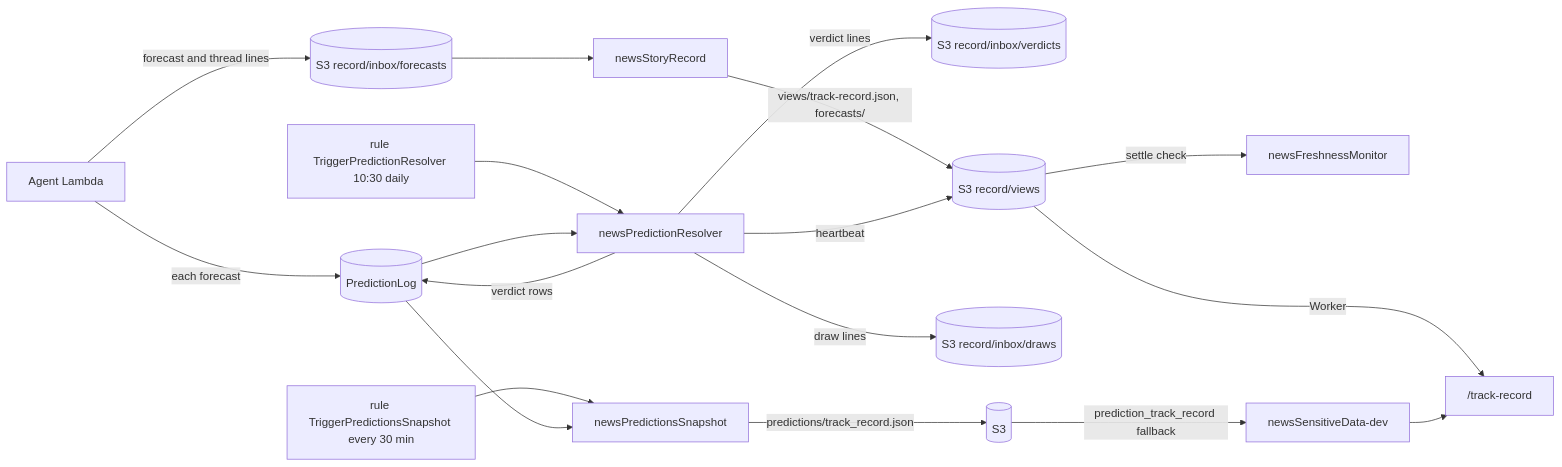
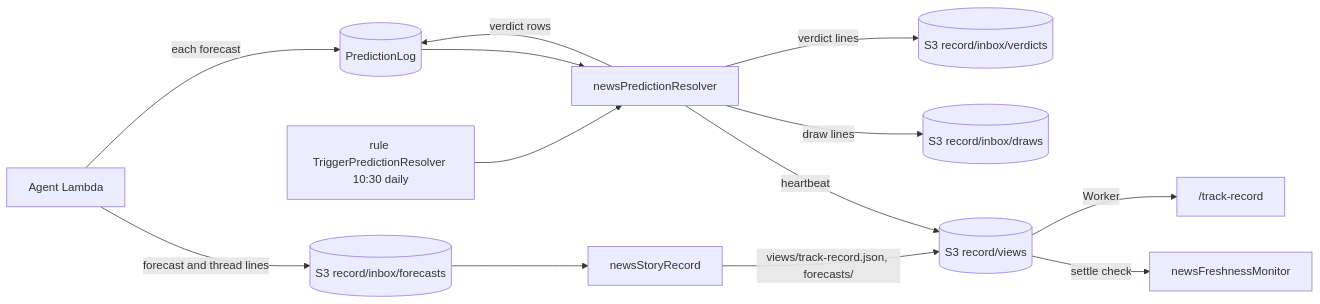
Before and after one commit to BenBen05059997/globalPerspective-v1: the fifth of 7 diagrams in project-docs/architecture/ARCHITECTURE.md, drawn with Mermaid. The commit also changed other lines of this file and 14 other files, not shown here.

First line of the commit message:
Docs: snapshot path retired (prediction_snapshot and prediction_track_record removed, TriggerPredictionsSnapshot disabled); readers on the record

````diff
--- a/project-docs/architecture/ARCHITECTURE.md
+++ b/project-docs/architecture/ARCHITECTURE.md
@@ -194,20 +194,15 @@
 ```mermaid
 flowchart LR
   ag[Agent Lambda] -->|each forecast| pl[(PredictionLog)]
   ag -->|forecast and thread lines| fi[(S3 record/inbox/forecasts)]
   r[rule TriggerPredictionResolver 10:30 daily] --> pr[newsPredictionResolver]
   pl --> pr
   pr -->|verdict rows| pl
   pr -->|verdict lines| ib[(S3 record/inbox/verdicts)]
-  q[rule TriggerPredictionsSnapshot every 30 min] --> sn[newsPredictionsSnapshot]
-  pl --> sn
-  sn -->|predictions/track_record.json| s3[(S3)]
   pr -->|draw lines| dw[(S3 record/inbox/draws)]
   sr[newsStoryRecord] -->|views/track-record.json, forecasts/| rv[(S3 record/views)]
   fi --> sr
   pr -->|heartbeat| rv
   rv -->|Worker| tp["/track-record"]
   rv -->|settle check| fm[newsFreshnessMonitor]
-  s3 -->|prediction_track_record fallback| px[newsSensitiveData-dev]
-  px --> tp
 ```
````
